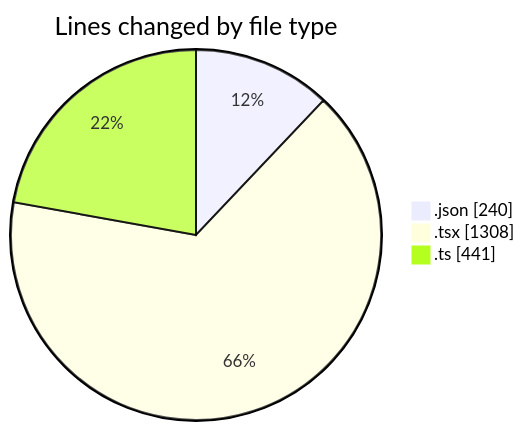
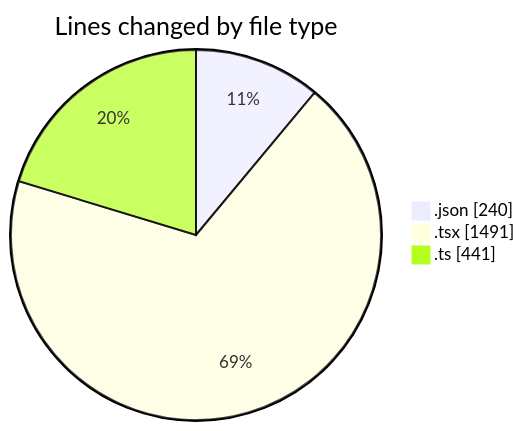
Before and after one commit to julien-gomy/code-tracking: the first of 2 diagrams in 2025-11-17/eventscop-frontend-guide__workspace_/README.md, drawn with Mermaid. The commit also changed other lines of this file and 1 other file, not shown here.

````diff
--- a/2025-11-17/eventscop-frontend-guide__workspace_/README.md
+++ b/2025-11-17/eventscop-frontend-guide__workspace_/README.md
@@ -28,7 +29,7 @@
 ```mermaid
 pie showData
 title Lines changed by file type
 ".json" : 240
-".tsx" : 1308
+".tsx" : 1491
 ".ts" : 441
 ```
````
